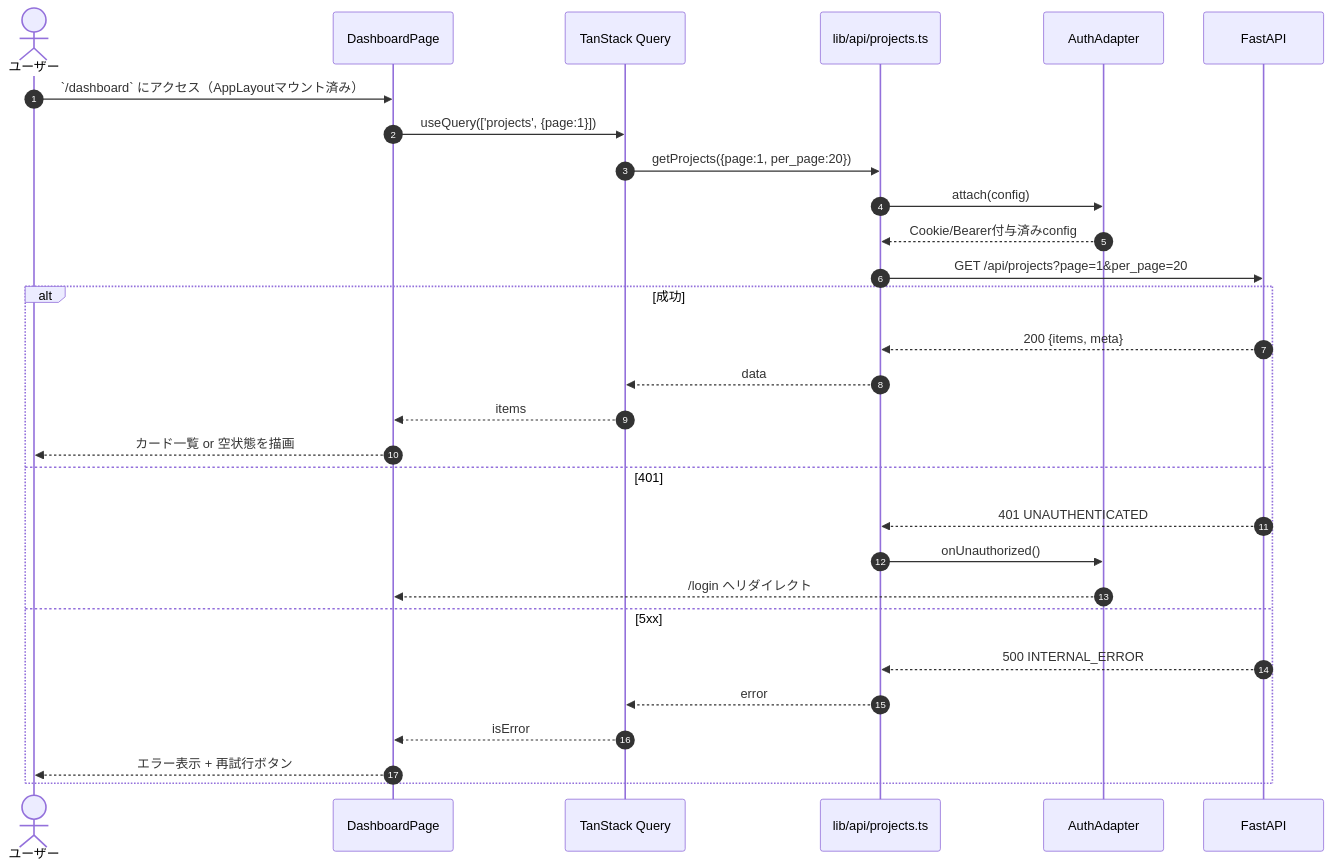
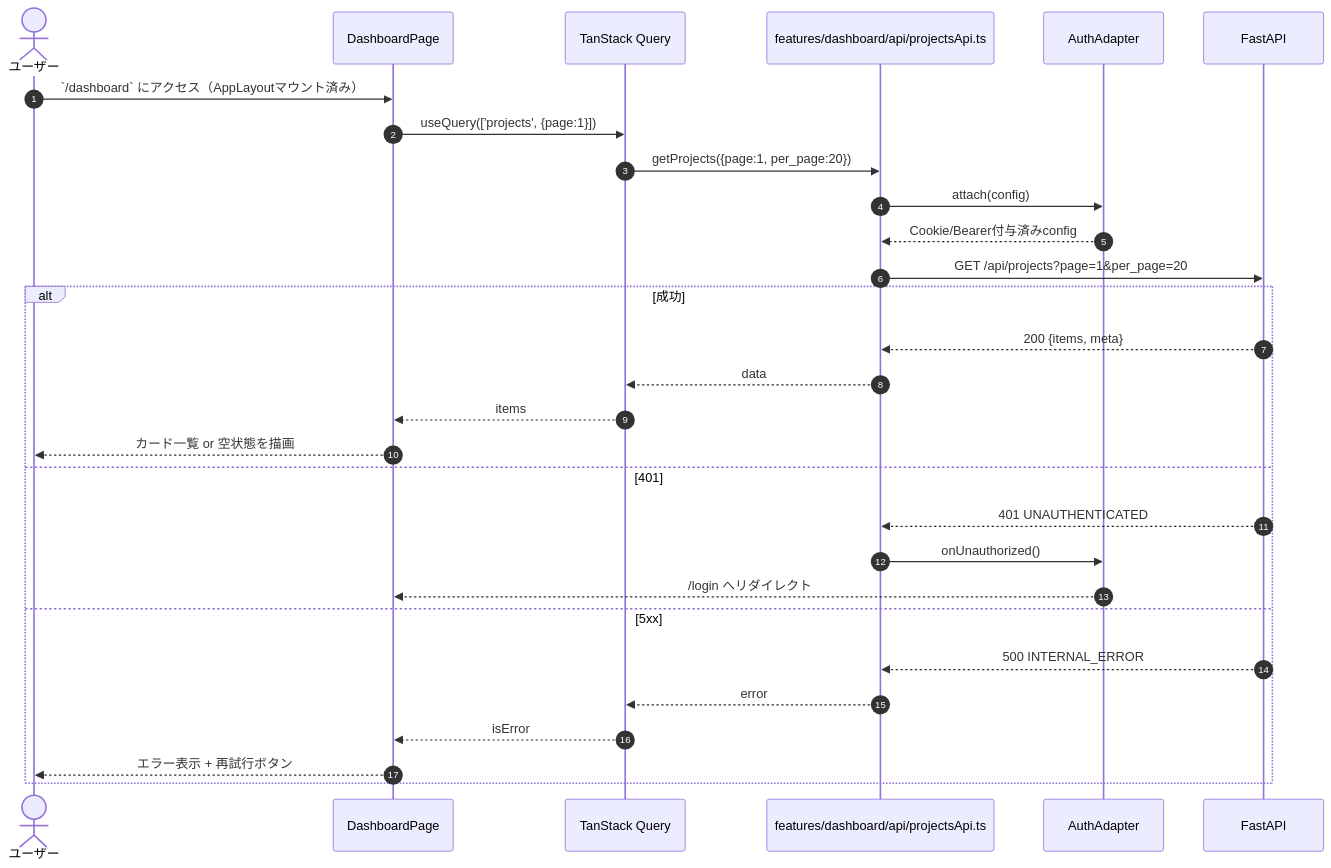
Before and after one commit to oikawa-d/task_management: the second of 5 diagrams in docs/detailed_design/screen/06_dashboard.md, drawn with Mermaid. The commit also changed other lines of this file and 73 other files, not shown here.

````diff
--- a/docs/detailed_design/screen/06_dashboard.md
+++ b/docs/detailed_design/screen/06_dashboard.md
@@ -127,32 +127,32 @@
 ```mermaid
 sequenceDiagram
     autonumber
     actor U as ユーザー
     participant DP as DashboardPage
     participant Q as TanStack Query
-    participant EP as lib/api/projects.ts
+    participant EP as features/dashboard/api/projectsApi.ts
     participant AA as AuthAdapter
     participant API as FastAPI
 
     U->>DP: `/dashboard` にアクセス（AppLayoutマウント済み）
     DP->>Q: useQuery(['projects', {page:1}])
     Q->>EP: getProjects({page:1, per_page:20})
     EP->>AA: attach(config)
     AA-->>EP: Cookie/Bearer付与済みconfig
     EP->>API: GET /api/projects?page=1&per_page=20
     alt 成功
         API-->>EP: 200 {items, meta}
         EP-->>Q: data
         Q-->>DP: items
         DP-->>U: カード一覧 or 空状態を描画
     else 401
         API-->>EP: 401 UNAUTHENTICATED
         EP->>AA: onUnauthorized()
         AA-->>DP: /login へリダイレクト
     else 5xx
         API-->>EP: 500 INTERNAL_ERROR
         EP-->>Q: error
         Q-->>DP: isError
         DP-->>U: エラー表示 + 再試行ボタン
     end
 ```
````
